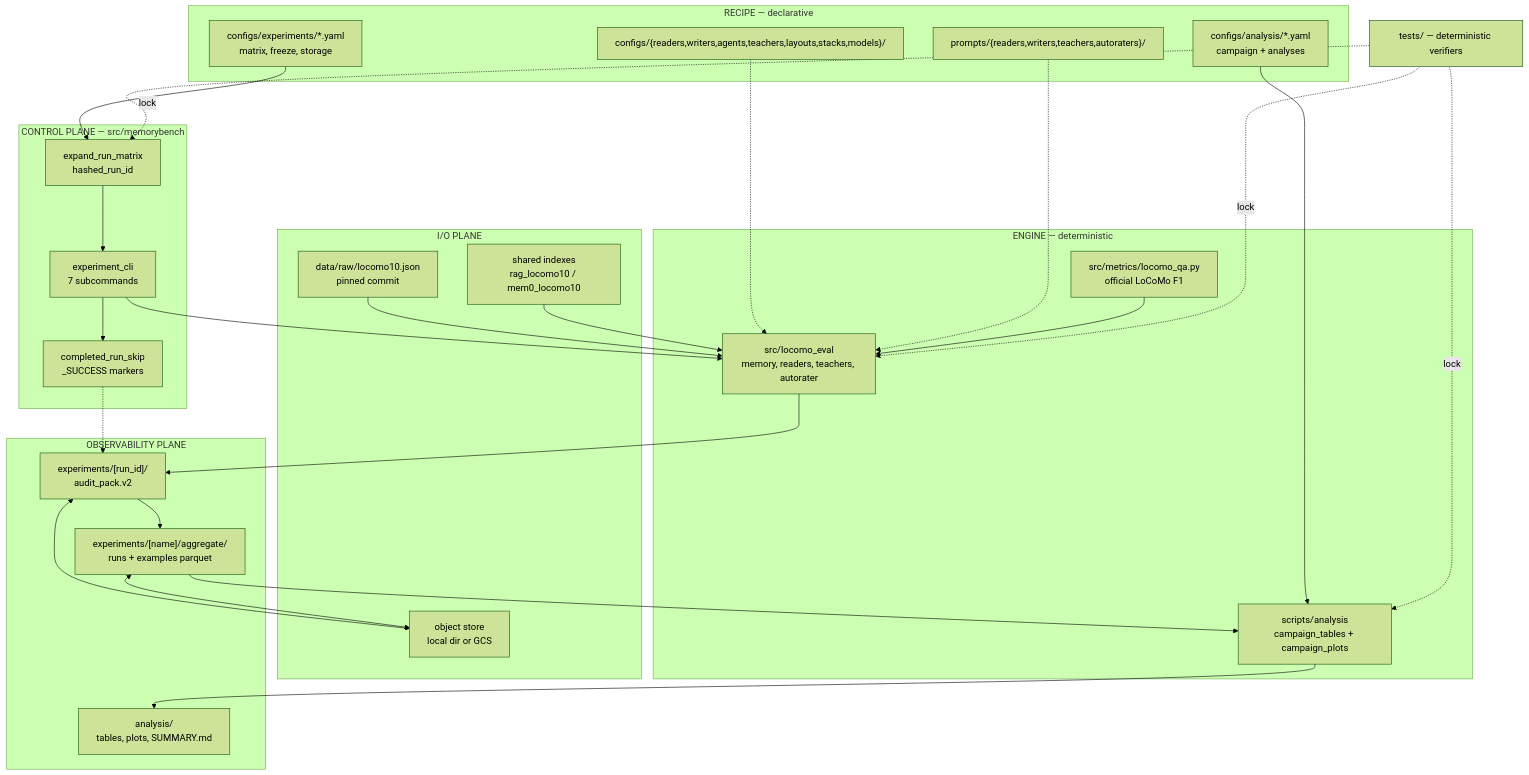
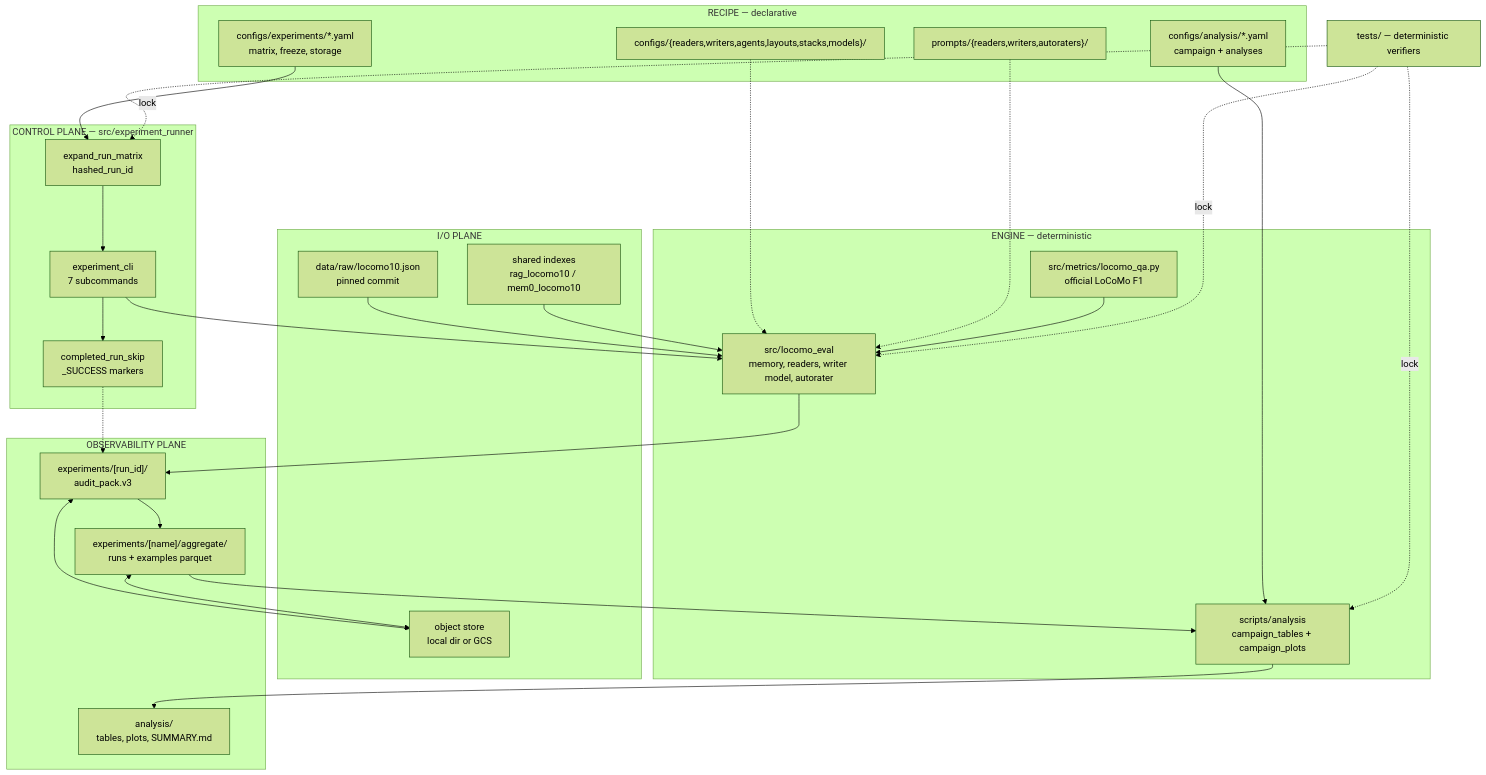
Before and after one commit to park-jsdev/long-term-memory-eval: the first of 12 diagrams in README.md, drawn with Mermaid (forest theme). The commit also changed other lines of this file and 213 other files, not shown here.

````diff
--- a/README.md
+++ b/README.md
@@ -56,53 +56,53 @@
 ```mermaid
 flowchart TB
   subgraph RECIPE["RECIPE — declarative"]
     XC["configs/experiments/*.yaml<br/>matrix, freeze, storage"]
     AC["configs/analysis/*.yaml<br/>campaign + analyses"]
-    CC["configs/{readers,writers,agents,teachers,layouts,stacks,models}/"]
-    PR["prompts/{readers,writers,teachers,autoraters}/"]
+    CC["configs/{readers,writers,agents,layouts,stacks,models}/"]
+    PR["prompts/{readers,writers,autoraters}/"]
   end
 
-  subgraph CONTROL["CONTROL PLANE — src/memorybench"]
+  subgraph CONTROL["CONTROL PLANE — src/experiment_runner"]
     EXP["expand_run_matrix<br/>hashed_run_id"]
     CLI["experiment_cli<br/>7 subcommands"]
     SKIP["completed_run_skip<br/>_SUCCESS markers"]
   end
 
   subgraph ENGINE["ENGINE — deterministic"]
-    LE["src/locomo_eval<br/>memory, readers, teachers, autorater"]
+    LE["src/locomo_eval<br/>memory, readers, writer model, autorater"]
     MET["src/metrics/locomo_qa.py<br/>official LoCoMo F1"]
     AN["scripts/analysis<br/>campaign_tables + campaign_plots"]
   end
 
   subgraph DATA["I/O PLANE"]
     DS["data/raw/locomo10.json<br/>pinned commit"]
     IX["shared indexes<br/>rag_locomo10 / mem0_locomo10"]
     ST["object store<br/>local dir or GCS"]
   end
 
   subgraph AUDIT["OBSERVABILITY PLANE"]
-    PACK["experiments/[run_id]/<br/>audit_pack.v2"]
+    PACK["experiments/[run_id]/<br/>audit_pack.v3"]
     AGG["experiments/[name]/aggregate/<br/>runs + examples parquet"]
     REP["analysis/<br/>tables, plots, SUMMARY.md"]
   end
 
   TESTS["tests/ — deterministic verifiers"]
 
   XC --> EXP --> CLI
   AC --> AN
   CC -.-> LE
   PR -.-> LE
   DS --> LE
   IX --> LE
   CLI --> LE
   CLI --> SKIP
   SKIP -.-> PACK
   LE --> PACK
   MET --> LE
   PACK --> AGG --> AN --> REP
   PACK <--> ST
   AGG <--> ST
   TESTS -.->|lock| EXP
   TESTS -.->|lock| LE
   TESTS -.->|lock| AN
 ```
````
